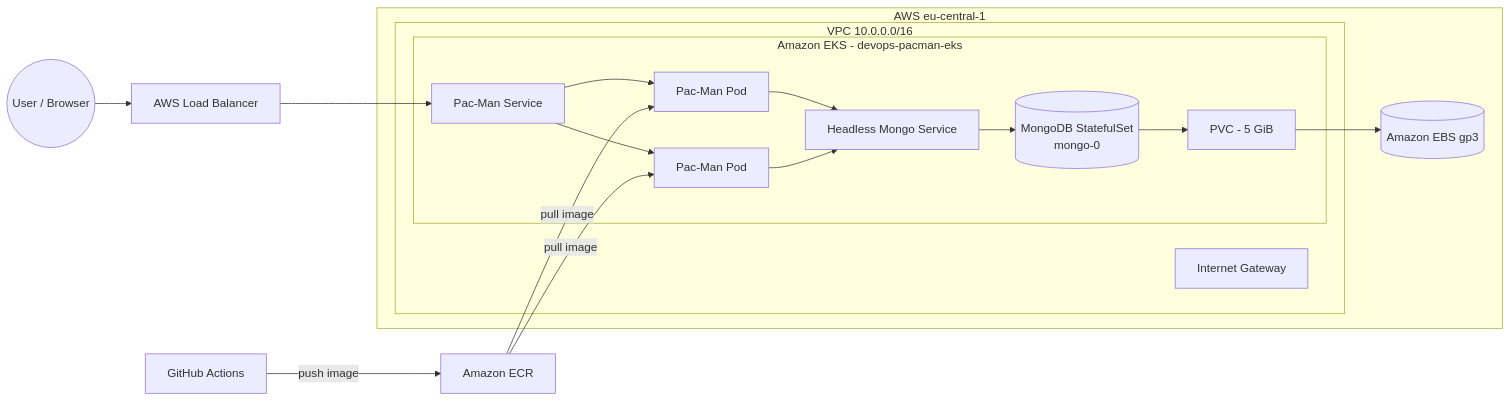
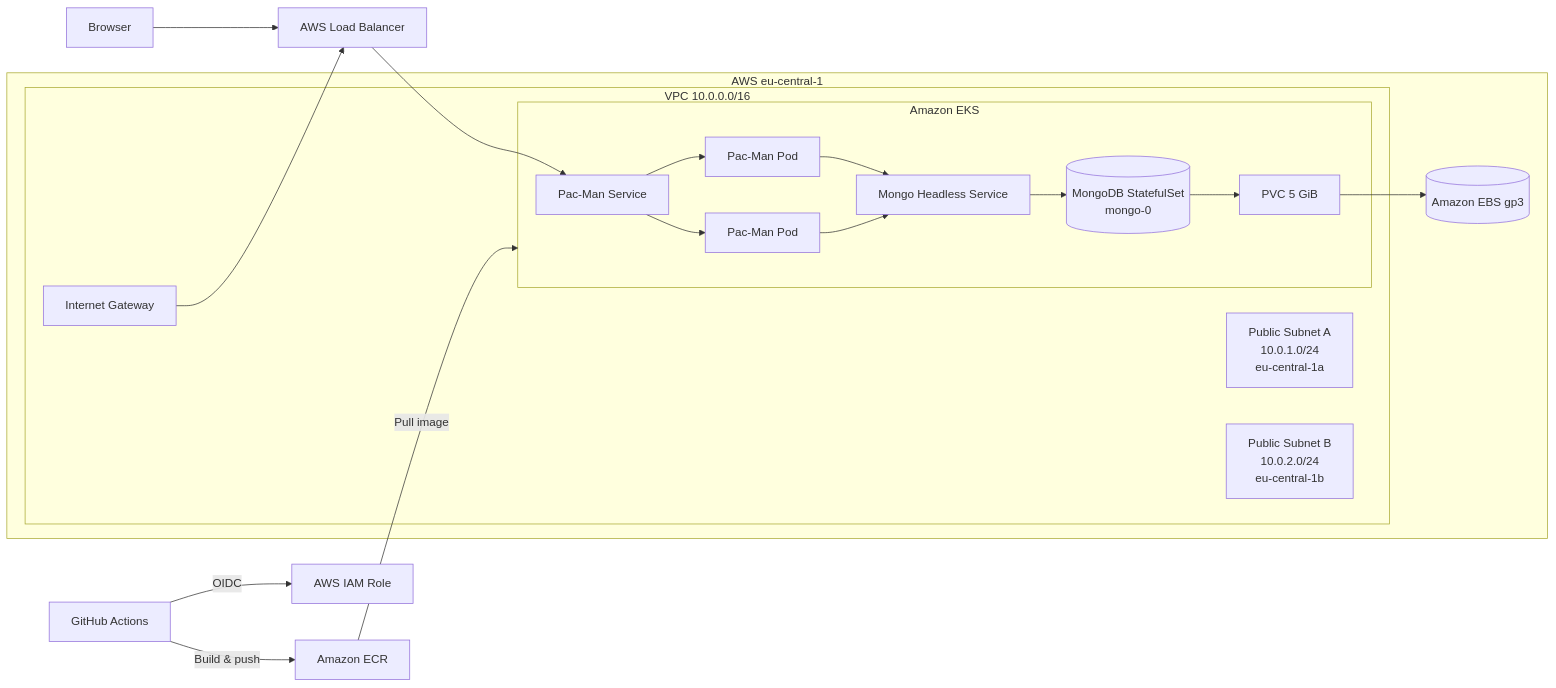
Before and after one commit to Alexplokhikh/devops-pacman: the first of 2 diagrams in README.md, drawn with Mermaid. The commit also changed other lines of this file and 21 other files, not shown here.

Commit message:
docs: finalize README with architecture, monitoring, and deployment evidence

````diff
--- a/README.md
+++ b/README.md
@@ -67,34 +30,31 @@
-``` mermaid
+```mermaid
 flowchart LR
-    User((User / Browser))
-    LB[AWS Load Balancer]
-    ECR[Amazon ECR]
-    GHA[GitHub Actions]
+    U[Browser] --> LB[AWS Load Balancer]
+    GH[GitHub Actions] -->|OIDC| IAM[AWS IAM Role]
+    GH -->|Build & push| ECR[Amazon ECR]
+    ECR -->|Pull image| EKS
 
-    subgraph AWS["AWS eu-central-1"]
-        subgraph VPC["VPC 10.0.0.0/16"]
-            IGW[Internet Gateway]
-
-            subgraph EKS["Amazon EKS - devops-pacman-eks"]
-                SVC[Pac-Man Service]
-                P1[Pac-Man Pod]
-                P2[Pac-Man Pod]
-                MSVC[Headless Mongo Service]
-                MONGO[(MongoDB StatefulSet\nmongo-0)]
-                PVC[PVC - 5 GiB]
-            end
+    subgraph AWS[AWS eu-central-1]
+      subgraph VPC[VPC 10.0.0.0/16]
+        IGW[Internet Gateway]
+        SA[Public Subnet A\n10.0.1.0/24\neu-central-1a]
+        SB[Public Subnet B\n10.0.2.0/24\neu-central-1b]
+        subgraph EKS[Amazon EKS]
+          SVC[Pac-Man Service]
+          P1[Pac-Man Pod]
+          P2[Pac-Man Pod]
+          MSVC[Mongo Headless Service]
+          M[(MongoDB StatefulSet\nmongo-0)]
+          PVC[PVC 5 GiB]
         end
-        EBS[(Amazon EBS gp3)]
+      end
+      EBS[(Amazon EBS gp3)]
     end
 
-    User --> LB --> SVC
+    IGW --> LB --> SVC
     SVC --> P1
     SVC --> P2
     P1 --> MSVC
     P2 --> MSVC
-    MSVC --> MONGO
-    MONGO --> PVC --> EBS
-    GHA -->|push image| ECR
-    ECR -->|pull image| P1
-    ECR -->|pull image| P2
+    MSVC --> M --> PVC --> EBS
 ```
````
